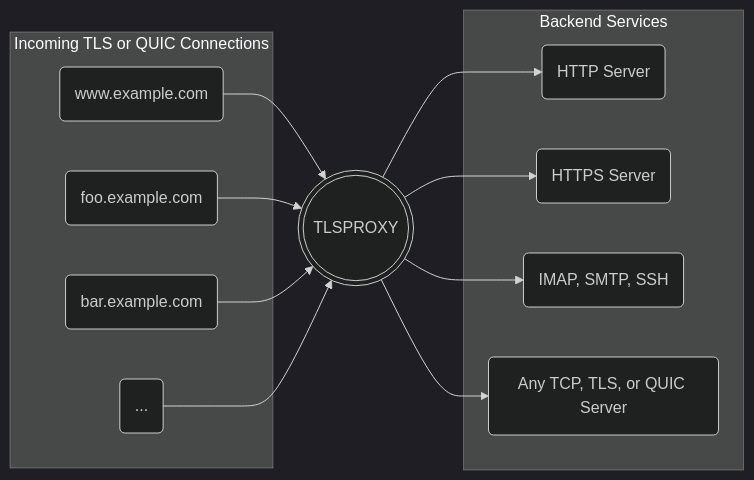
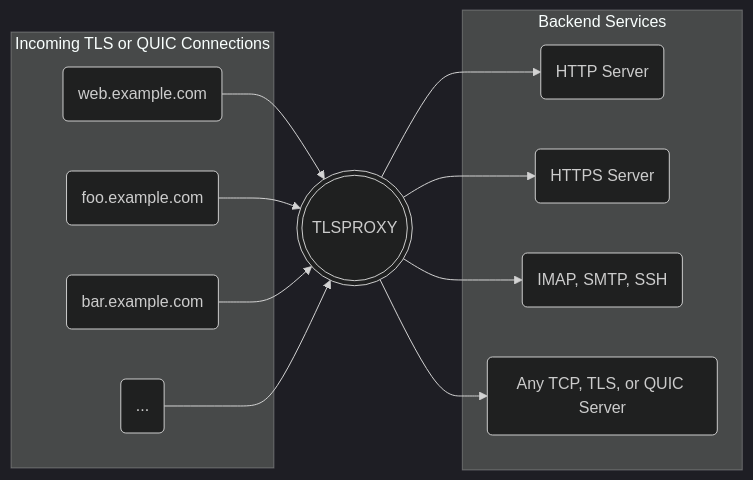
The diagram in README.md (c2FmZQ/tlsproxy), drawn with Mermaid (dark theme) before and after one commit.

Commit message:
fix mermaid flowchart

````diff
--- a/README.md
+++ b/README.md
@@ -32,24 +32,24 @@
 ```mermaid
 flowchart LR
   subgraph Incoming TLS or QUIC Connections
-    h1(www.example.com)
-    h2(foo.example.com)
-    h3(bar.example.com)
+    h1("web.example.com")
+    h2("foo.example.com")
+    h3("bar.example.com")
     h4(...)
   end
   prx(((TLSPROXY)))
   subgraph Backend Services
     be1(HTTP Server)
     be2(HTTPS Server)
     be3(IMAP, SMTP, SSH)
     be4(Any TCP, TLS, or QUIC Server)
   end
   h1-->prx
   h2-->prx
   h3-->prx
   h4-->prx
   prx-->be1
   prx-->be2
   prx-->be3
   prx-->be4
 ```
````
